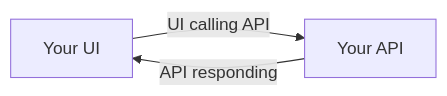
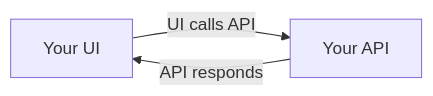
One commit to SruthiKorembathe/CICDImplementation changed the first of 2 diagrams in Examples-of-diagramming.md. Above: the diagram before and after it, drawn with Mermaid. The commit also changed other lines of this file, not shown here.

Commit message:
Clarify diagram purpose through example

````diff
--- a/Examples-of-diagramming.md
+++ b/Examples-of-diagramming.md
@@ -30,8 +30,8 @@
 ```mermaid
 flowchart LR
   UI[Your UI]
   API[Your API]
 
-UI -->|UI calling API| API
-API -->|API responding| UI
+UI -->|UI calls API| API
+API -->|API responds| UI
 ```
````
